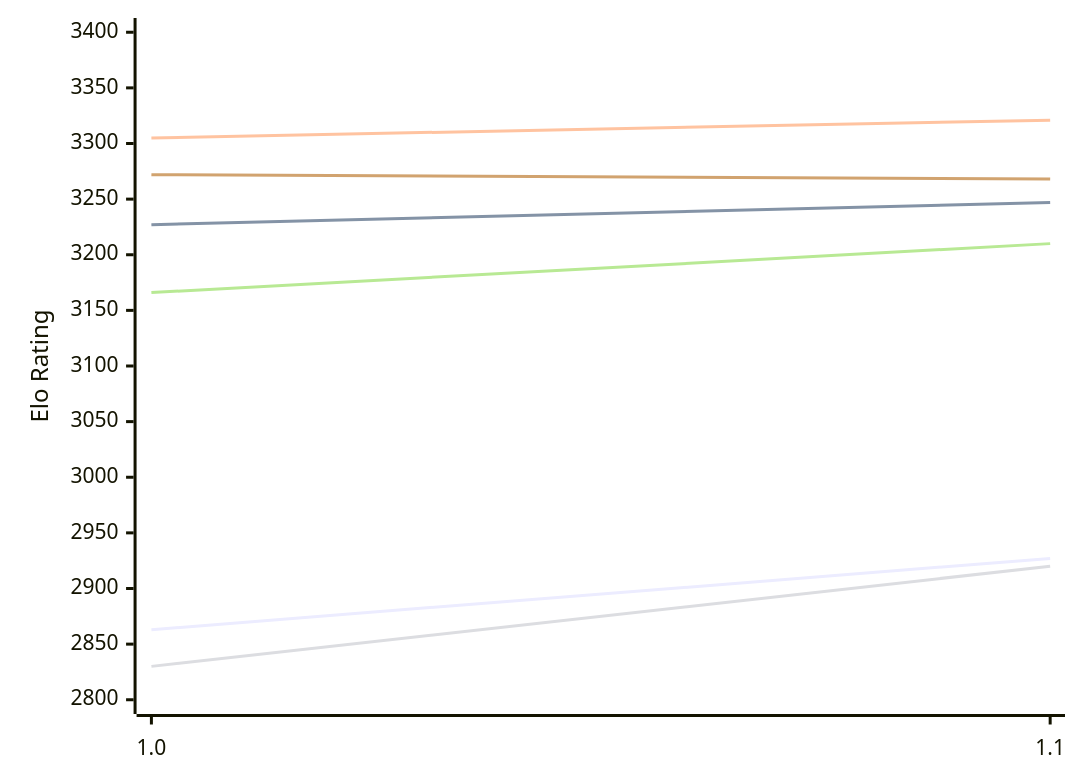
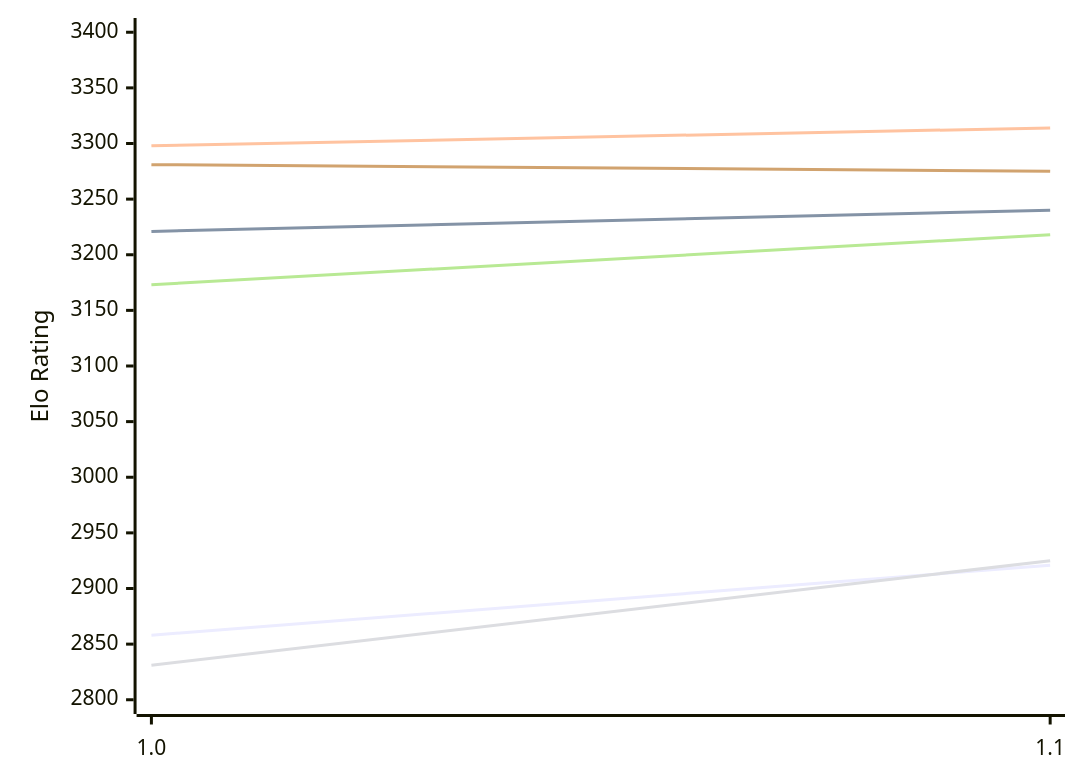
One commit to computer-chess-index/cci changed the first of 2 diagrams in engines/RodentV.md. Above: the diagram before and after it, drawn with Mermaid. The commit also changed other lines of this file, not shown here.

Commit message:
Update CCI Ratings (ELO VLTC) - 2026-11-18

````diff
--- a/engines/RodentV.md
+++ b/engines/RodentV.md
@@ -50,12 +50,12 @@
 ```mermaid
 %%{init: {"theme":"base","themeVariables":{"seriesColors:['#a3a3a3','#222221','#faa371']}}}%%
 xychart-beta
   x-axis ["1.0", "1.1"]
   y-axis "Elo Rating" 2800 --> 3400
-  line "E1: STC (8.0+0.08s)" [2863, 2927]
-  line "E1: LTC (60.0+0.60s)" [3227, 3247]
-  line "E1: VLTC (2m24s+1.12s)" [3305, 3321]
-  line "P1: STC (8.0+0.08s)" [2830, 2920]
-  line "P1: LTC (60.0+0.60s)" [3166, 3210]
-  line "P1: VLTC (2m24s+1.12s)" [3272, 3268]
+  line "E1: STC (8.0+0.08s)" [2858, 2921]
+  line "E1: LTC (60.0+0.60s)" [3221, 3240]
+  line "E1: VLTC (2m24s+1.12s)" [3298, 3314]
+  line "P1: STC (8.0+0.08s)" [2831, 2925]
+  line "P1: LTC (60.0+0.60s)" [3173, 3218]
+  line "P1: VLTC (2m24s+1.12s)" [3281, 3275]
 ```
````
